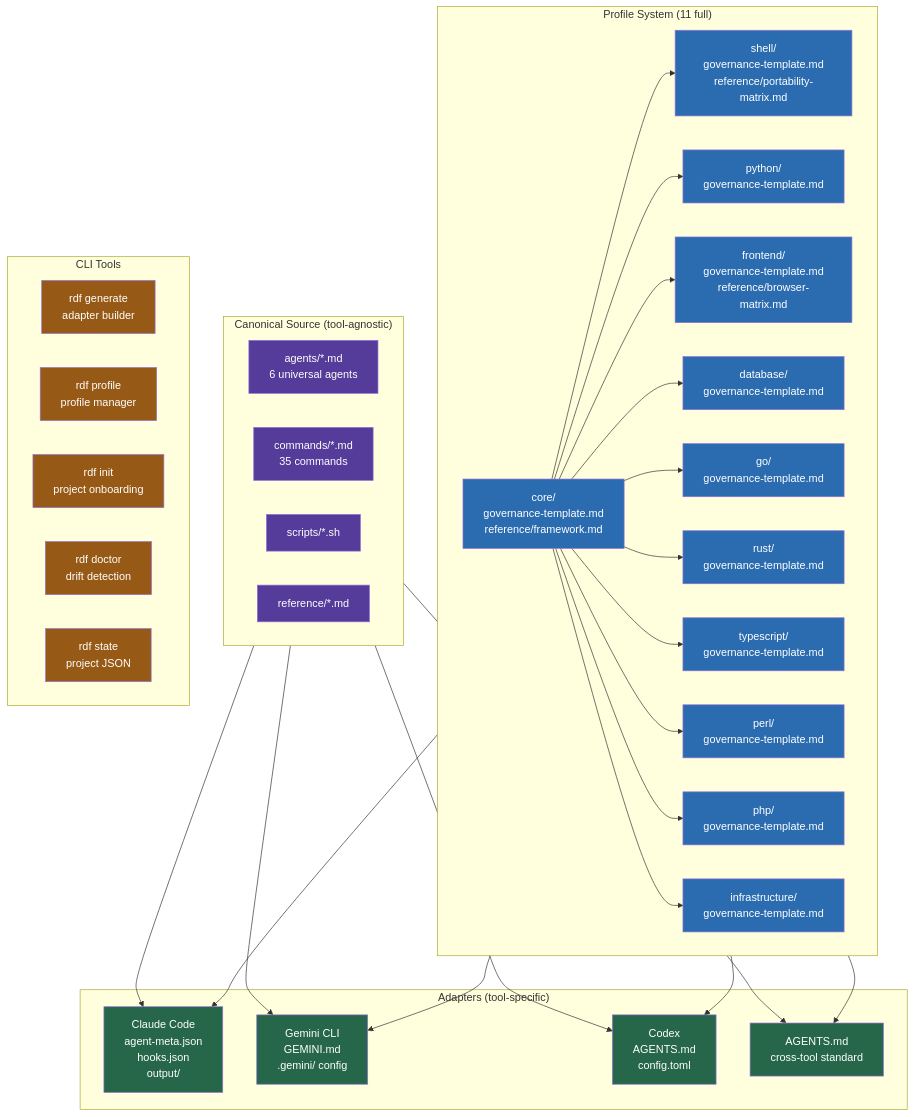
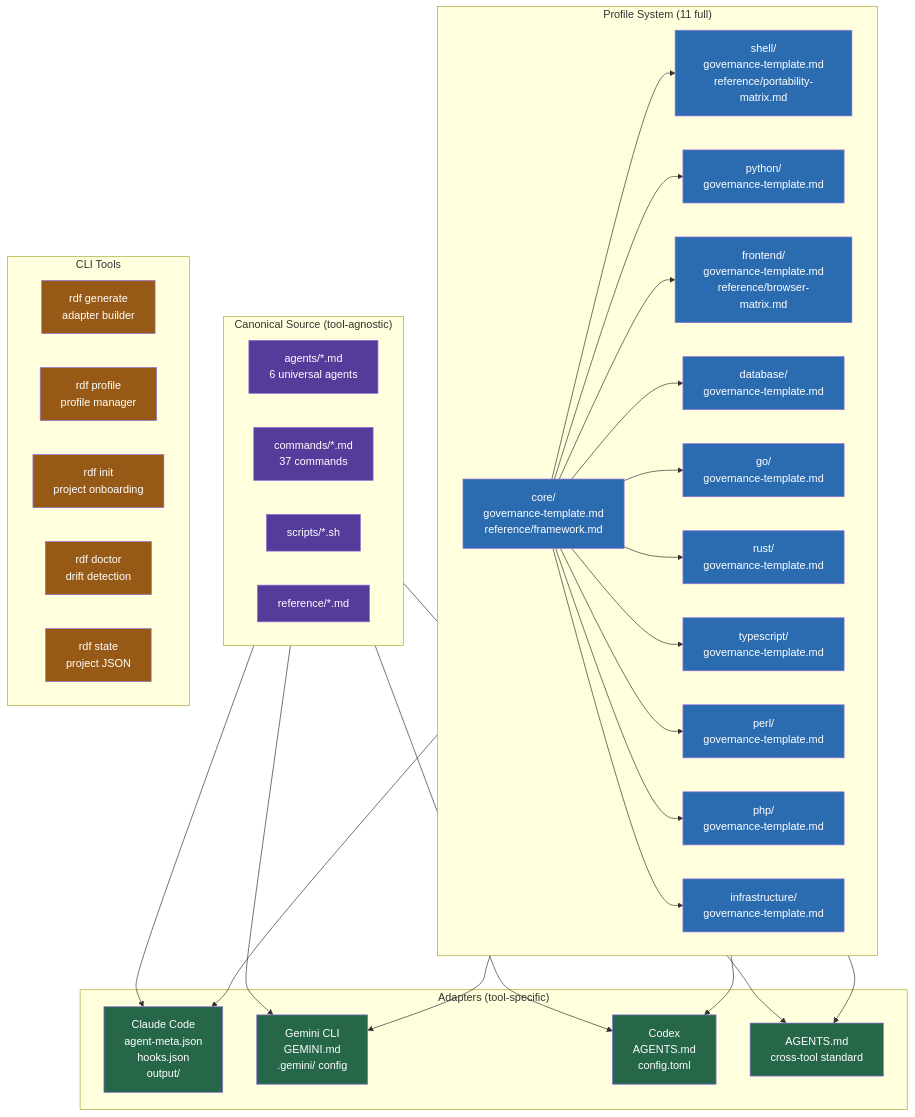
One commit to rfxn/rdf changed the first of 12 diagrams in reference/diagrams.md. Above: the diagram before and after it, drawn with Mermaid. The commit also changed 2 other files, not shown here.

Commit message:
Docs: correct stale command counts (35→37) and de-pin RDF.md version
[Fix] RDF.md, WORKFORCE.md, reference/diagrams.md — command inventory said 35;
      actual is 37 (21 lifecycle + 16 utility); WORKFORCE primitive total 53 → 55
[Fix] RDF.md — de-pin the framework version (was 3.1.2, five releases stale) and
      the VERSION tree-diagram comment, pointing to the VERSION file / releases so
      they cannot drift again

```diff
--- a/reference/diagrams.md
+++ b/reference/diagrams.md
@@ -10,7 +10,7 @@
 flowchart TD
     subgraph Canonical["Canonical Source (tool-agnostic)"]
         Agents[agents/*.md\n6 universal agents]
-        Commands[commands/*.md\n35 commands]
+        Commands[commands/*.md\n37 commands]
         Scripts[scripts/*.sh]
         Reference[reference/*.md]
     end
```
